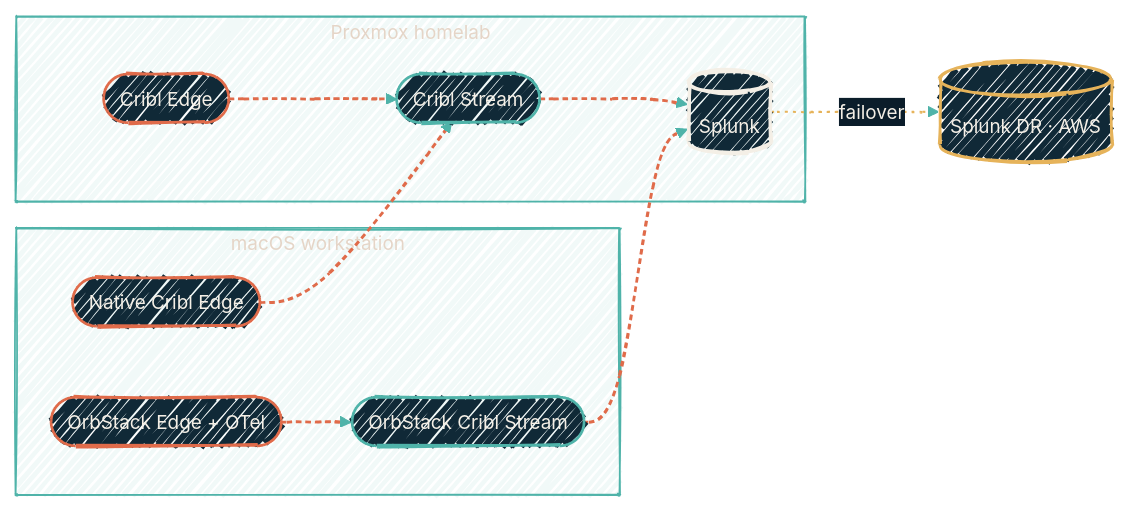
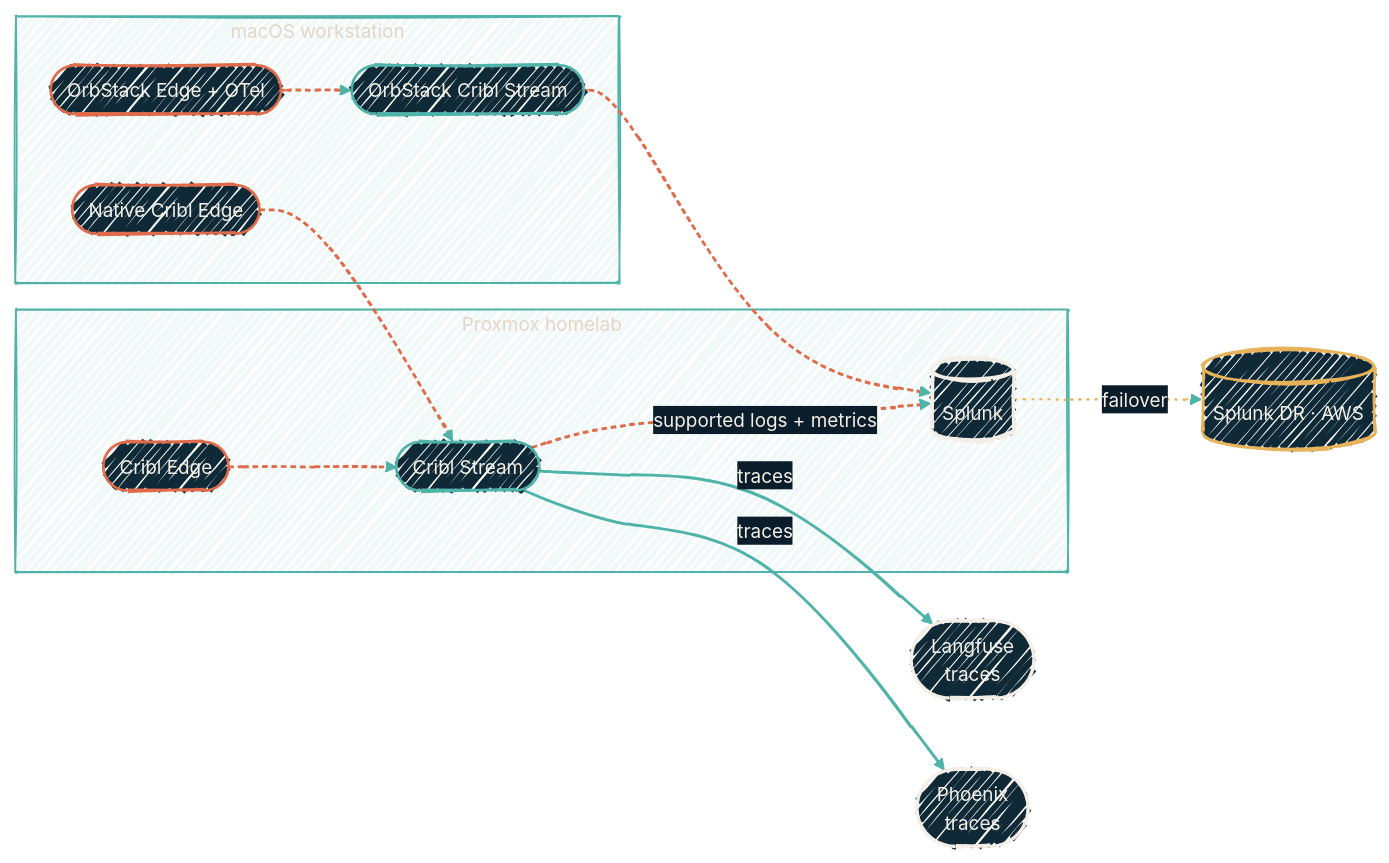
One commit to dryvist/docs changed the diagram in observability/monitoring-agents.mdx. Above: the diagram before and after it, drawn with Mermaid. The commit also changed other lines of this file and 100 other files, not shown here.

````diff
--- a/observability/monitoring-agents.mdx
+++ b/observability/monitoring-agents.mdx
@@ -16,39 +16,44 @@
 ```mermaid
 %%{init:
   {'theme':'base','look':'handDrawn','themeVariables':{'fontFamily':'Geist','fontSize':'14px','primaryColor':'#102937','primaryTextColor':'#F4EFE6','primaryBorderColor':'#4FB3A9','lineColor':'#4FB3A9','secondaryColor':'#0B1D2A','tertiaryColor':'#1A2A38','clusterBkg':'rgba(79,179,169,0.08)','clusterBorder':'#4FB3A9'}}}%%
   flowchart LR
   subgraph homelab["Proxmox homelab"]
   hEdge(["Cribl Edge"])
   hStream(["Cribl Stream"])
   splunk[("Splunk")]
   end
   subgraph mac["macOS workstation"]
   mEdge(["Native Cribl Edge"])
   oEdge(["OrbStack Edge + OTel"])
   oStream(["OrbStack Cribl Stream"])
   end
   awsdr[("Splunk DR · AWS")]
+  langfuse([Langfuse<br/>traces])
+  phoenix([Phoenix<br/>traces])
 
   hEdge --> hStream
   mEdge --> hStream
   oEdge --> oStream
-  hStream --> splunk
+  hStream -->|supported logs + metrics| splunk
   oStream --> splunk
+  hStream -->|traces| langfuse
+  hStream -->|traces| phoenix
   splunk -.failover.-> awsdr
 
   classDef src      fill:#102937,stroke:#E06B4A,stroke-width:2px,color:#F4EFE6;
   classDef hop      fill:#102937,stroke:#4FB3A9,stroke-width:2px,color:#F4EFE6;
   classDef sink     fill:#102937,stroke:#F4EFE6,stroke-width:2.5px,color:#F4EFE6;
   classDef external fill:#102937,stroke:#E6B35A,stroke-width:2px,color:#F4EFE6;
 
   class hEdge,mEdge,oEdge src
   class hStream,oStream hop
-  class splunk sink
+  class splunk,langfuse,phoenix sink
   class awsdr external
 
   click splunk "/observability/repos/ansible-splunk" "The homelab Splunk install"
   click awsdr "/observability/repos/tofu-splunk-aws" "The AWS DR footprint"
 
   linkStyle 0,1,2,3,4 stroke:#E06B4A,stroke-width:2px,stroke-dasharray:4 3;
-  linkStyle 5 stroke:#E6B35A,stroke-width:1.5px,stroke-dasharray:2 4;
+  linkStyle 5,6 stroke:#4FB3A9,stroke-width:2px;
+  linkStyle 7 stroke:#E6B35A,stroke-width:1.5px,stroke-dasharray:2 4;
 ```
````
